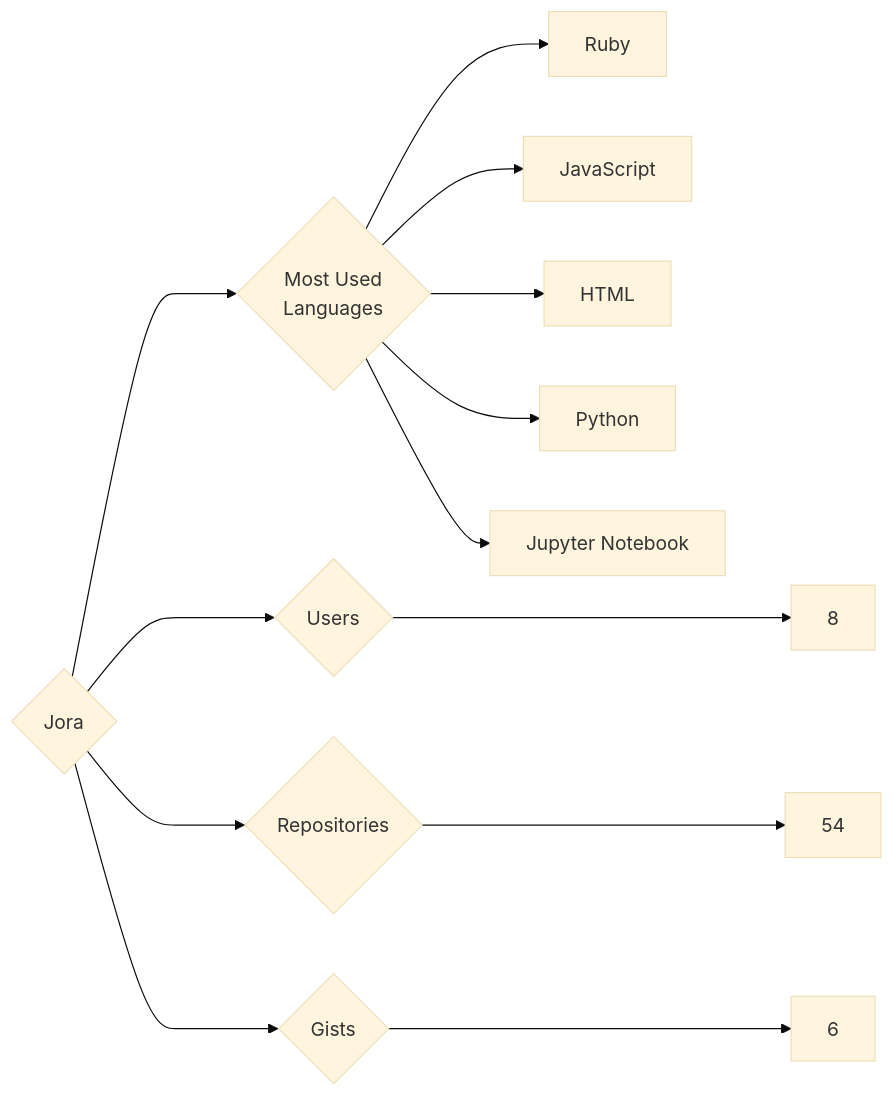
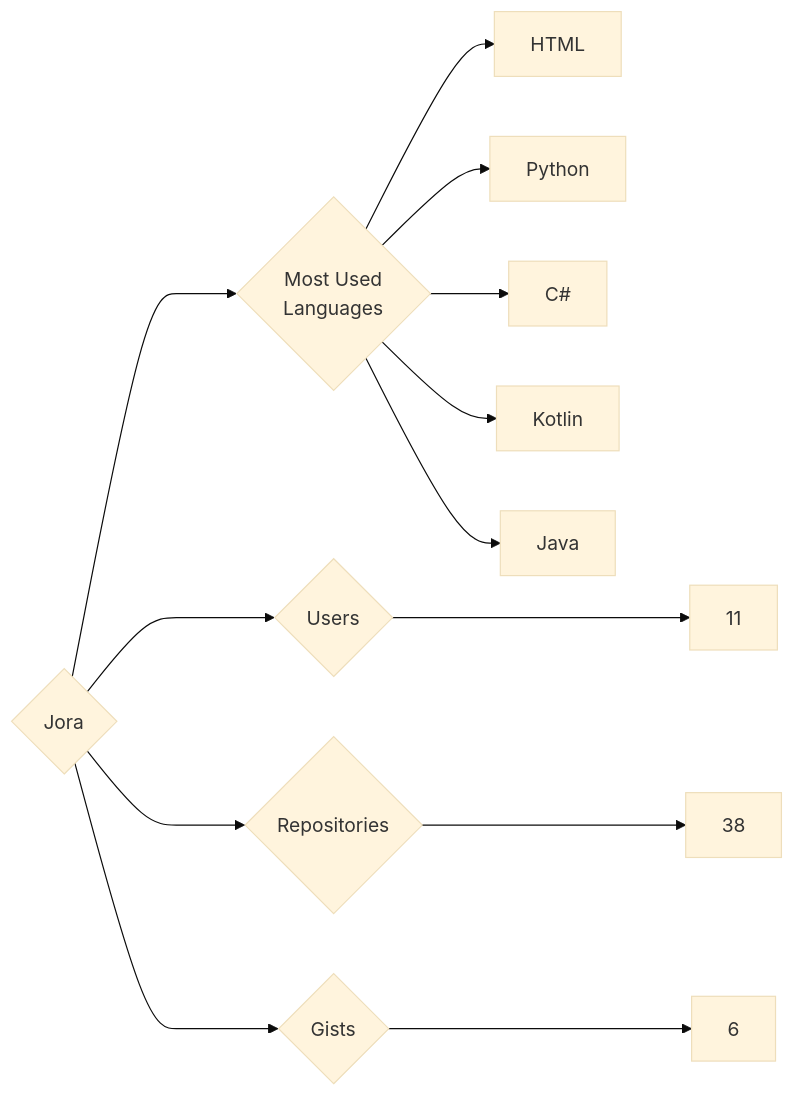
Before and after one commit to trickest/insiders: the diagram in targets/Jora/README.md, drawn with Mermaid (base theme). The commit also changed 899 other files, not shown here.

````diff
--- a/targets/Jora/README.md
+++ b/targets/Jora/README.md
@@ -3,13 +3,13 @@
 ```mermaid
 graph LR
 COMPANY_NAME{Jora}
-COMPANY_NAME ---> U{Users} ---> UN[8]
-COMPANY_NAME ---> R{Repositories} ---> RN[54]
+COMPANY_NAME ---> U{Users} ---> UN[11]
+COMPANY_NAME ---> R{Repositories} ---> RN[38]
 COMPANY_NAME ---> G{Gists} ---> GN[6]
 COMPANY_NAME ---> ML{Most Used<br>Languages}
-ML --> Ruby[Ruby]
-ML --> JavaScript[JavaScript]
 ML --> HTML[HTML]
 ML --> Python[Python]
-ML --> Jupyter_Notebook[Jupyter Notebook]
+ML --> C#[C#]
+ML --> Kotlin[Kotlin]
+ML --> Java[Java]
 ```
````
